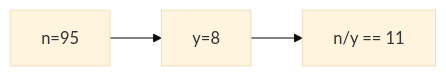
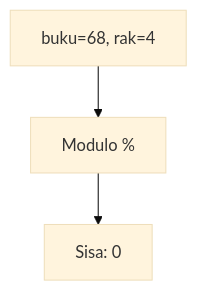
Before and after one commit to amnahwaida/OSNK_INF_PREP: the sixth of 25 diagrams in part-c-pemahaman-cpp/01-tipe-data/latihan/set-02.md, drawn with Mermaid (base theme). The commit also changed other lines of this file and 71 other files, not shown here.

````diff
--- a/part-c-pemahaman-cpp/01-tipe-data/latihan/set-02.md
+++ b/part-c-pemahaman-cpp/01-tipe-data/latihan/set-02.md
@@ -157,5 +165,5 @@
 ```mermaid
-graph LR
-A["n=95"] --> B["y=8"]
-B --> C["n/y == 11"]
+graph TD
+A["buku=68, rak=4"] --> B["Modulo %"]
+B --> C["Sisa: 0"]
 ```
````
